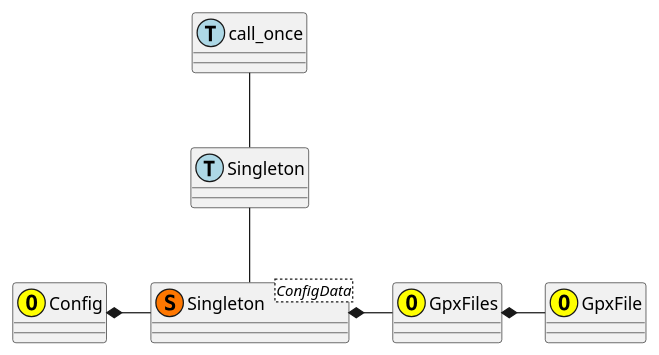
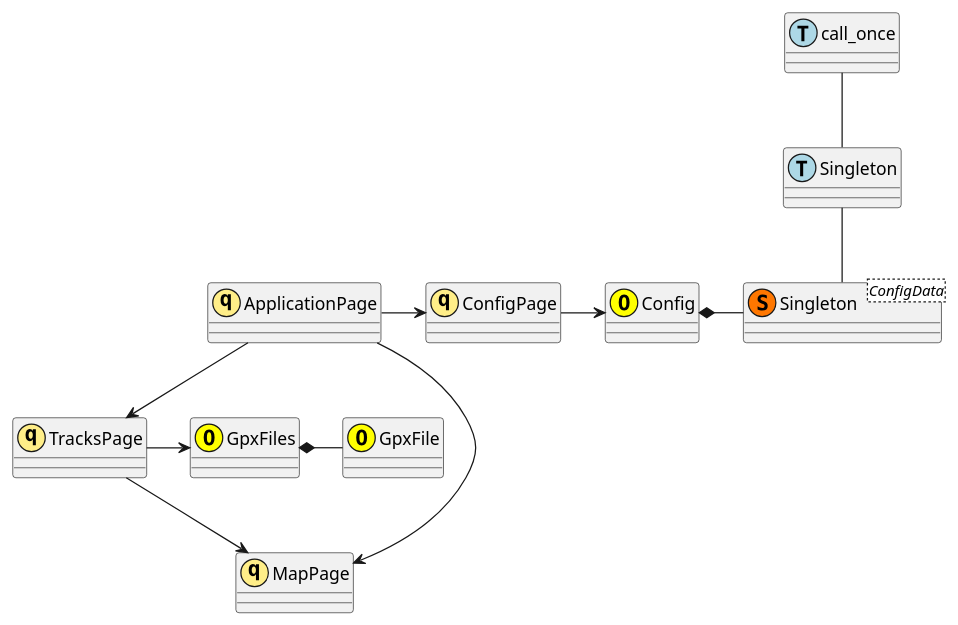
Before and after one commit to MARTIMM/HikingCompanion: the second of 2 diagrams in Docs/Design.md, drawn with PlantUML. The commit also changed other lines of this file, not shown here.

Commit message:
design notes

````diff
--- a/Docs/Design.md
+++ b/Docs/Design.md
@@ -15,20 +16,30 @@
 ```plantuml
 class "Singleton<ConfigData>" as ConfigData << (S,#FF7700) >>
 class Config << (O,yellow) >>
-'class GpxManager << (O,yellow) >>
 class GpxFiles << (O,yellow) >>
 class GpxFile << (O,yellow) >>
+
+class "ApplicationPage" as ap << (q,#ffee88) >>
+class "MapPage" as mp << (q,#ffee88) >>
+class "TracksPage" as tp << (q,#ffee88) >>
+class "ConfigPage" as cp << (q,#ffee88) >>
 
 class call_once << (T,lightblue) >>
 class Singleton << (T,lightblue) >>
 
 
 Config *- ConfigData
-'ConfigData *- GpxManager
-ConfigData *- GpxFiles
-'GpxManager *- GpxFiles
+'ConfigData *- GpxFiles
 GpxFiles *- GpxFile
 
 call_once -- Singleton
 Singleton -- ConfigData
+
+ap --> mp
+ap -> cp
+ap --> tp
+
+cp -> Config
+tp -> GpxFiles
+tp --> mp
 ```
````
